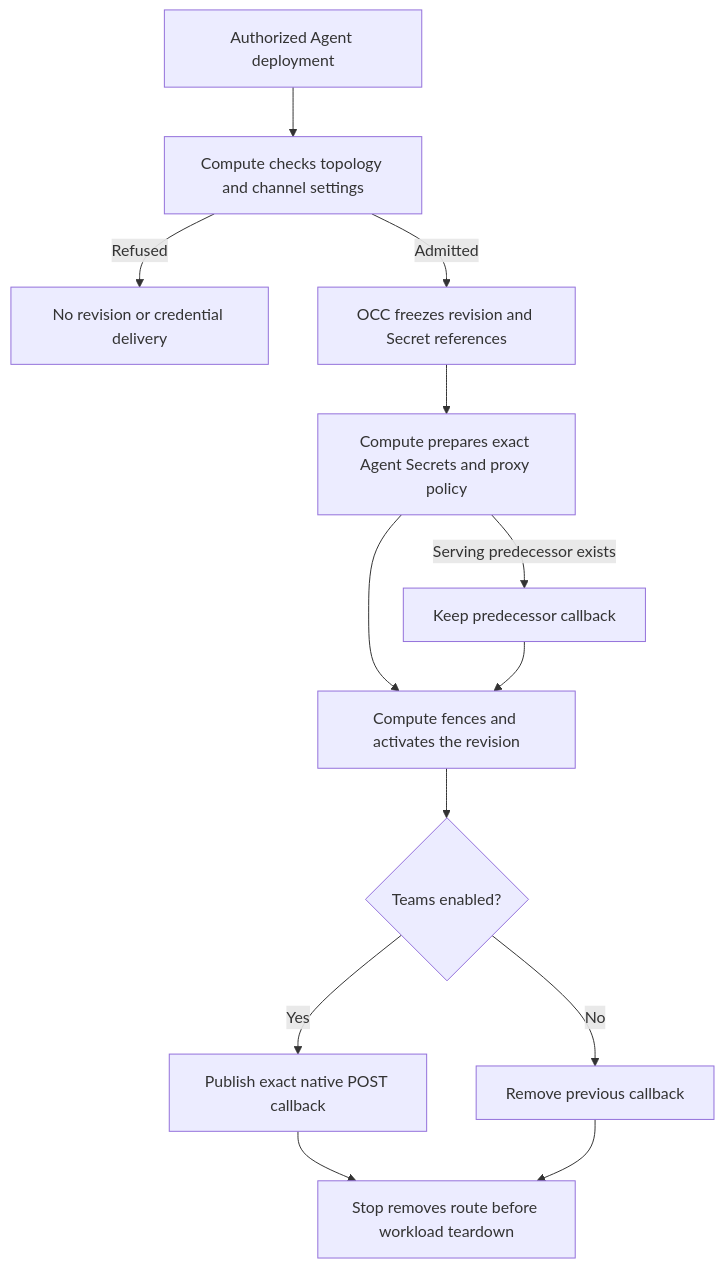
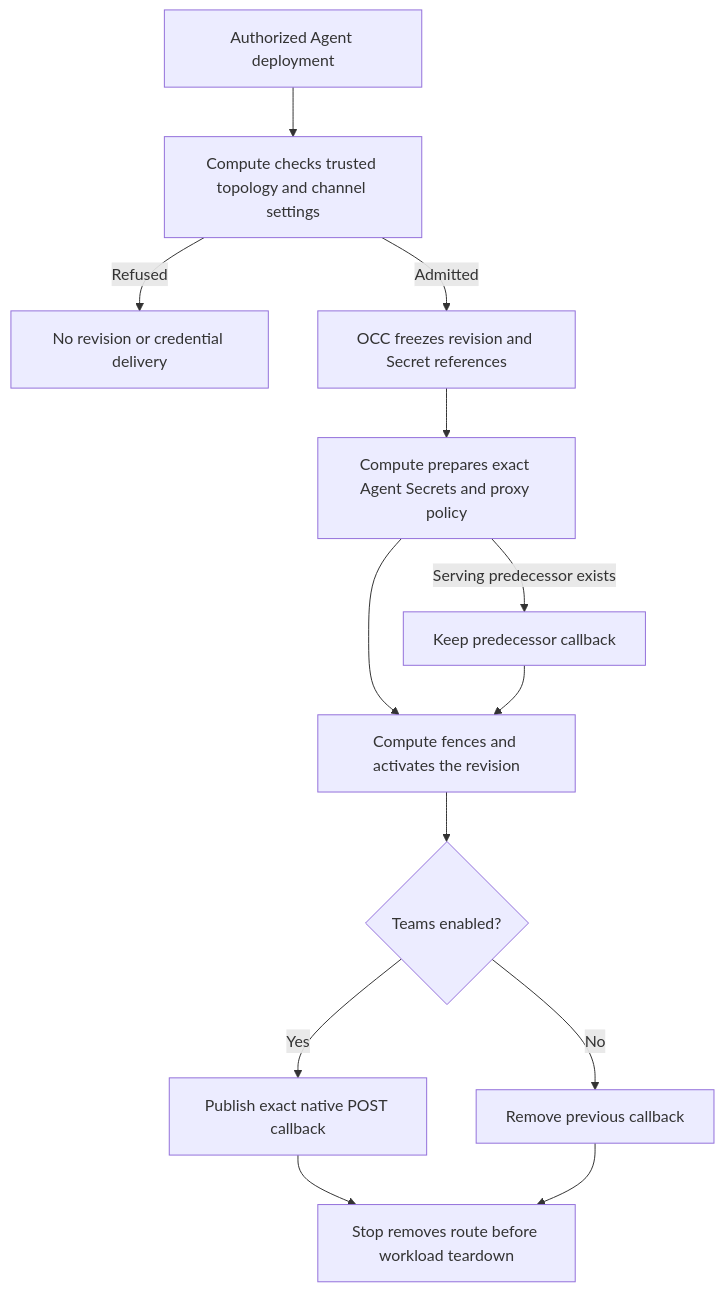
Before and after one commit to raw-labs/openclaw-enterprise: the diagram in docs/flows/agent-channel-runtime.md, drawn with Mermaid. The commit also changed other lines of this file and 15 other files, not shown here.

Commit message:
feat(compute): opt into temporary embedded channel evaluation

````diff
--- a/docs/flows/agent-channel-runtime.md
+++ b/docs/flows/agent-channel-runtime.md
@@ -27,15 +27,15 @@
 ```mermaid
 graph TD
-  REQUEST[Authorized Agent deployment] --> ADMIT[Compute checks topology and channel settings]
+  REQUEST[Authorized Agent deployment] --> ADMIT[Compute checks trusted topology and channel settings]
   ADMIT -->|Refused| DENIED[No revision or credential delivery]
   ADMIT -->|Admitted| FREEZE[OCC freezes revision and Secret references]
   FREEZE --> PREPARE[Compute prepares exact Agent Secrets and proxy policy]
   PREPARE -->|Serving predecessor exists| KEEP[Keep predecessor callback]
   PREPARE --> ACTIVATE[Compute fences and activates the revision]
   KEEP --> ACTIVATE
   ACTIVATE --> TEAMS{Teams enabled?}
   TEAMS -->|Yes| ROUTE[Publish exact native POST callback]
   TEAMS -->|No| REMOVE[Remove previous callback]
   ROUTE --> STOP[Stop removes route before workload teardown]
   REMOVE --> STOP
 ```
````
